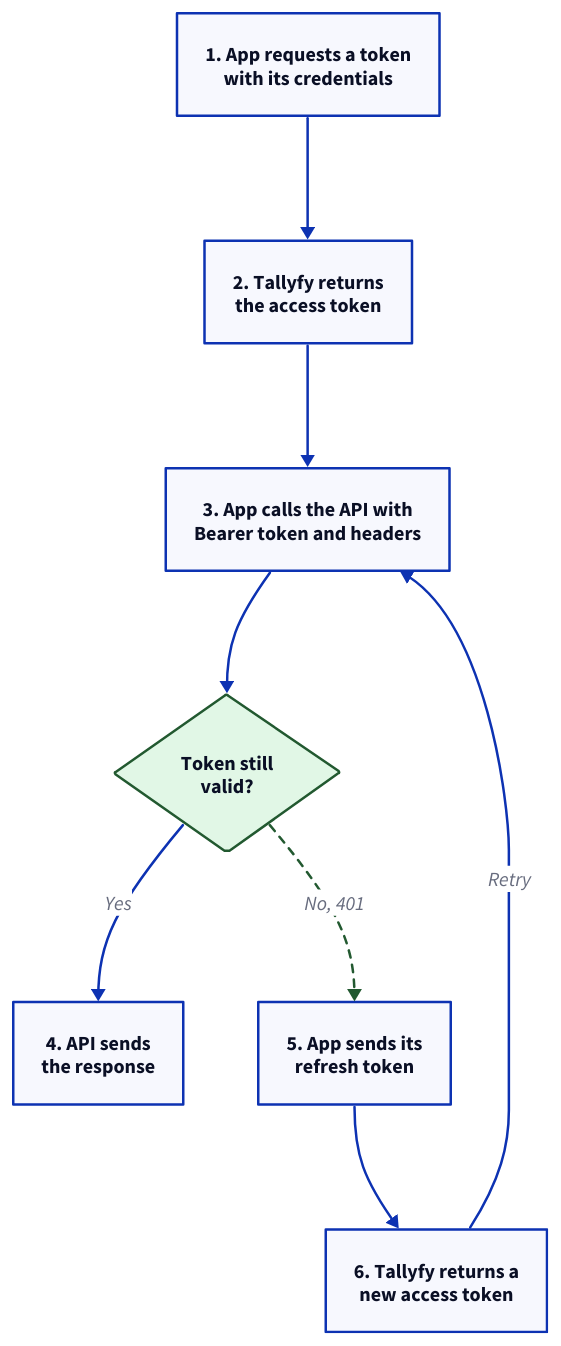
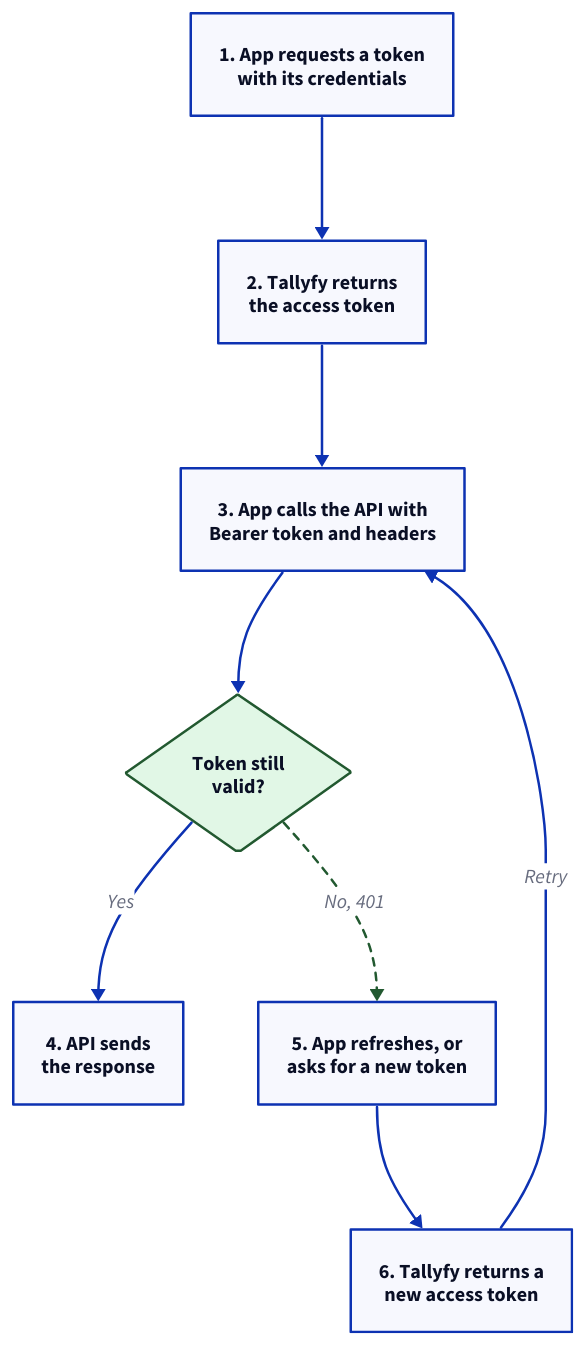
The diagram in src/content/docs/pro/integrations/open-api/how-to-integrate-with-tallyfy-using-api.mdx (tallyfy/documentation), drawn with D2 before and after one commit. The commit also changed other lines of this file and 9 other files, not shown here.

First line of the commit message:
Take the four diagram reviews' small fixes

````diff
--- a/src/content/docs/pro/integrations/open-api/how-to-integrate-with-tallyfy-using-api.mdx
+++ b/src/content/docs/pro/integrations/open-api/how-to-integrate-with-tallyfy-using-api.mdx
@@ -84,25 +84,25 @@
 ```d2
 # Getting, using and refreshing an API token
 direction: down
 
 Req: "1. App requests a token\nwith its credentials"
 Tok: "2. Tallyfy returns\nthe access token"
 Call: "3. App calls the API with\nBearer token and headers"
 Valid: "Token still\nvalid?" {
   shape: diamond
   style.fill: "#e1f7e6"
   style.stroke: "#225930"
 }
 OK: "4. API sends\nthe response"
-Ref: "5. App sends its\nrefresh token"
+Ref: "5. App refreshes, or\nasks for a new token"
 New: "6. Tallyfy returns a\nnew access token"
 
 Req -> Tok -> Call -> Valid
 Valid -> OK: Yes
 Valid -> Ref: "No, 401" {
   style.stroke: "#225930"
   style.stroke-dash: 3
 }
 Ref -> New
 New -> Call: Retry
 ```
````
